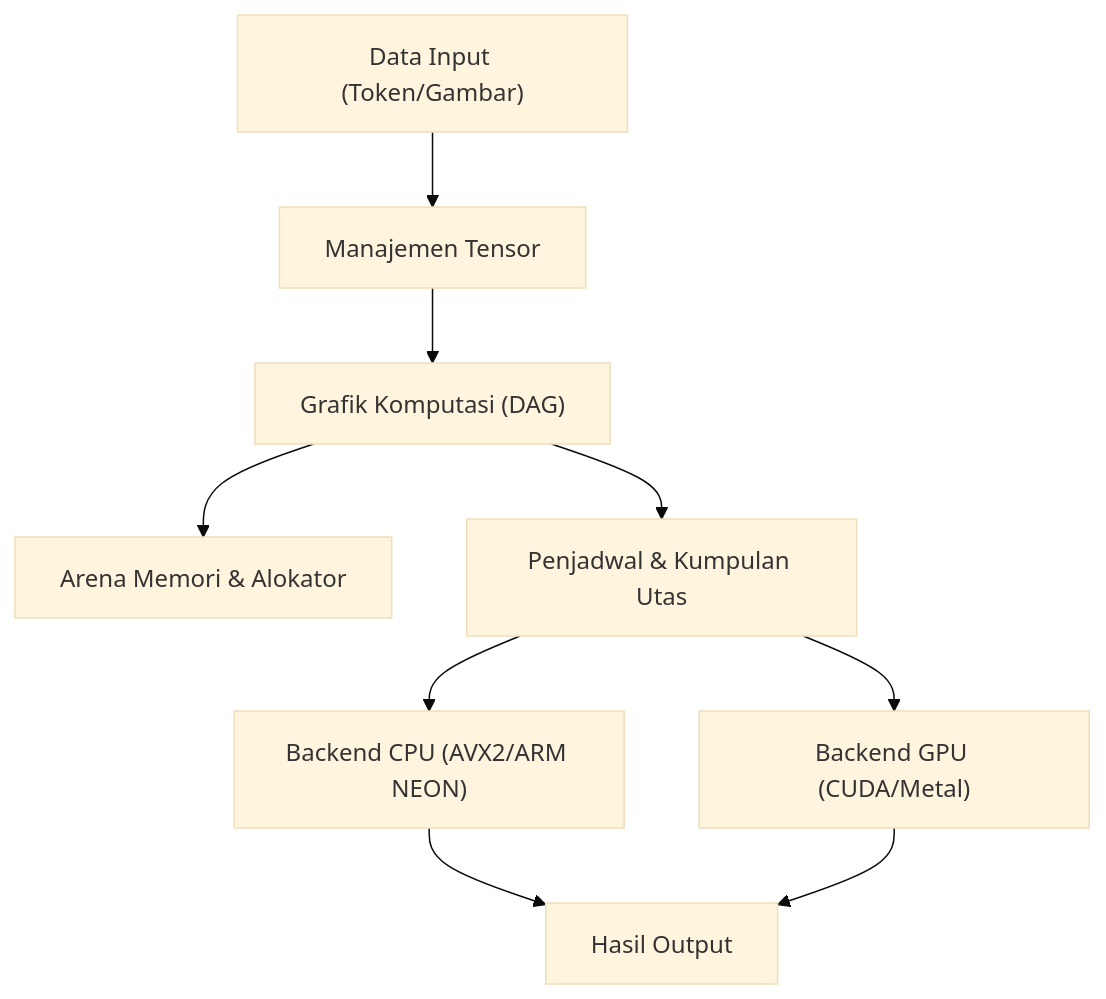
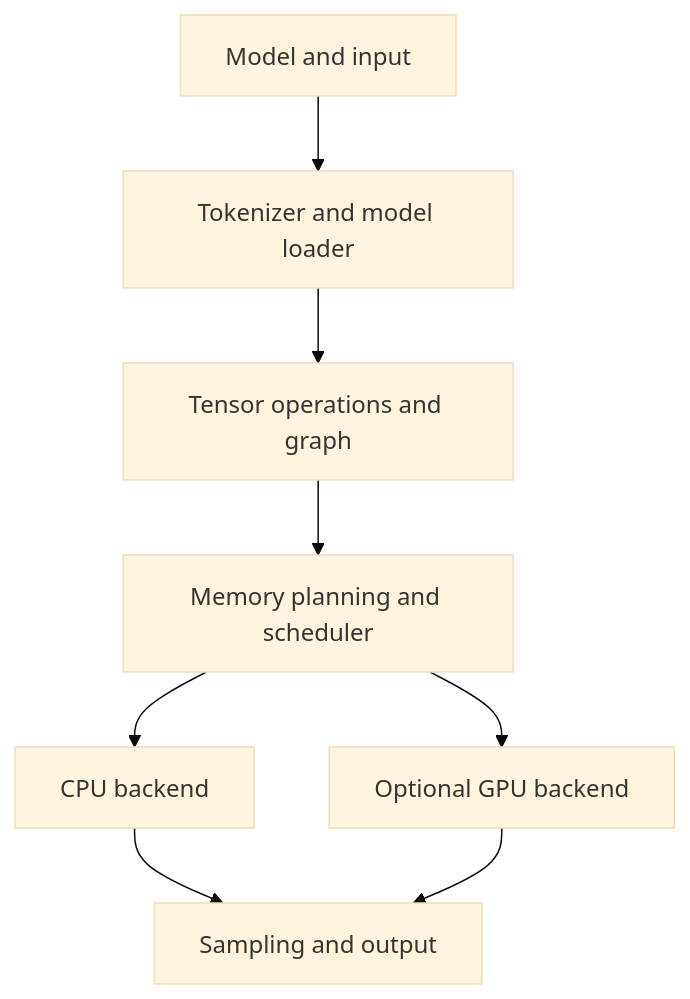
Before and after one commit to kenjinote/blog: the diagram in content/post/Python不要C++だけでAI推論エンジンを構築してみた/index.id.md, drawn with Mermaid (base theme). The commit also changed other lines of this file and 16 other files, not shown here.

````diff
--- a/content/post/Python不要C++だけでAI推論エンジンを構築してみた/index.id.md
+++ b/content/post/Python不要C++だけでAI推論エンジンを構築してみた/index.id.md
@@ -32,11 +22,10 @@
 ```mermaid
 graph TD
-    A["Data Input (Token/Gambar)"] --> B["Manajemen Tensor"]
-    B --> C["Grafik Komputasi (DAG)"]
-    C --> D["Arena Memori & Alokator"]
-    C --> E["Penjadwal & Kumpulan Utas"]
-    E --> F["Backend CPU (AVX2/ARM NEON)"]
-    E --> G["Backend GPU (CUDA/Metal)"]
-    F --> H["Hasil Output"]
-    G --> H
+    A["Model and input"] --> B["Tokenizer and model loader"]
+    B --> C["Tensor operations and graph"]
+    C --> D["Memory planning and scheduler"]
+    D --> E["CPU backend"]
+    D --> FGPU["Optional GPU backend"]
+    E --> G["Sampling and output"]
+    FGPU --> G
 ```
````
